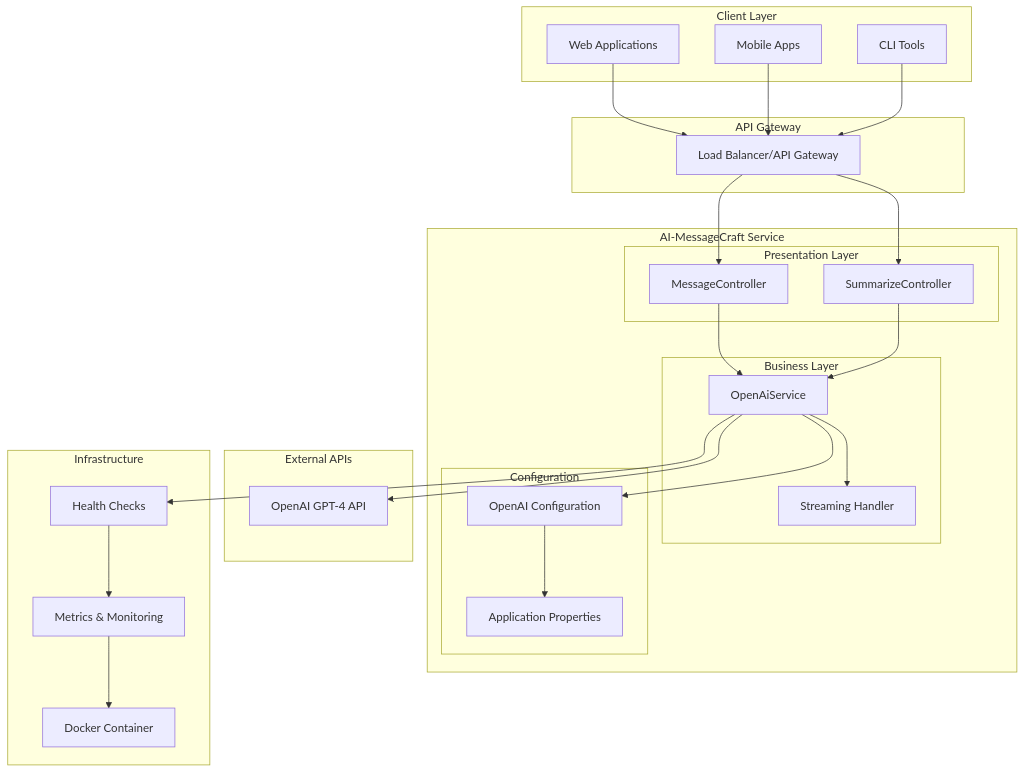
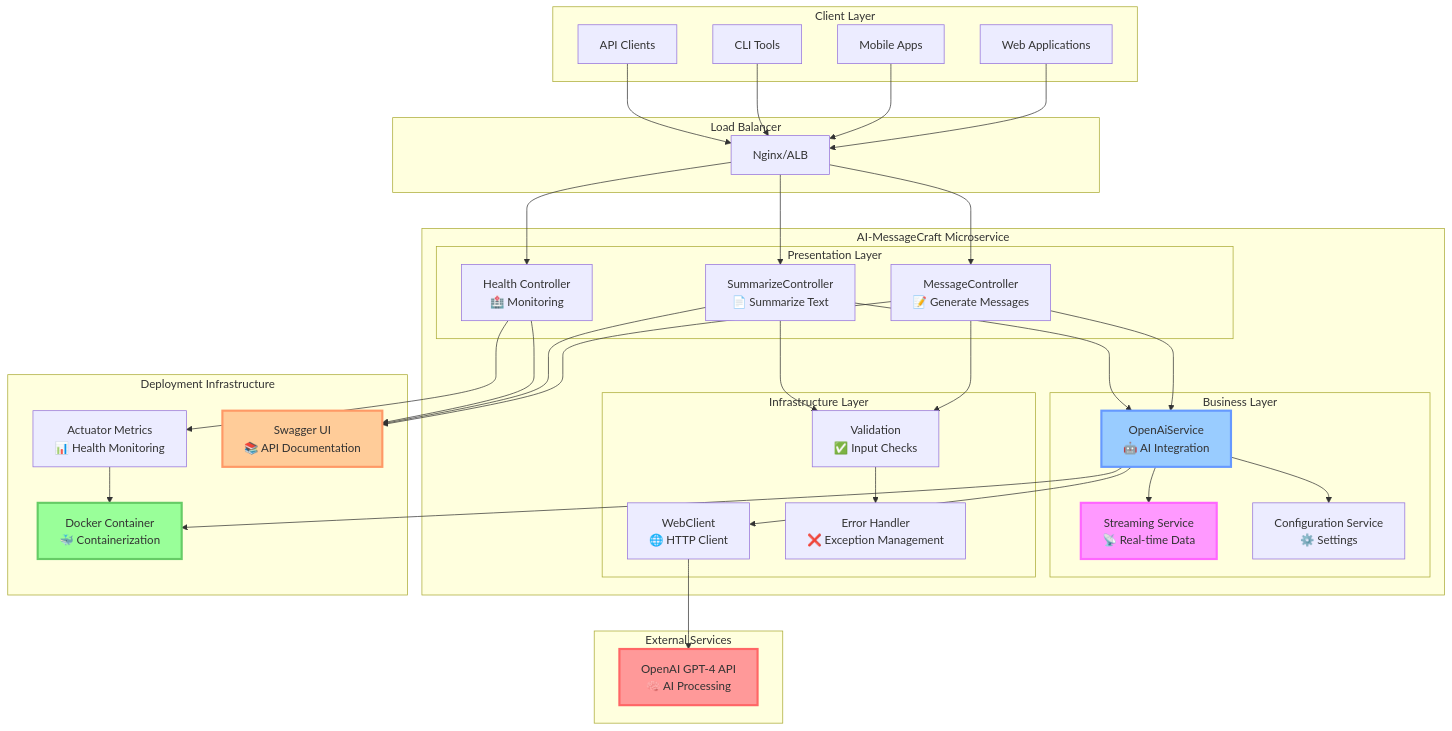
Before and after one commit to Ziaeddin/ai-messagecraft: the first of 2 diagrams in docs/ARCHITECTURE.md, drawn with Mermaid. The commit also changed other lines of this file and 1 other file, not shown here.

Commit message:
🎨 Fix visual content with comprehensive Mermaid diagrams
📊 Visual Improvements:
- Replace problematic SVG images with native GitHub Mermaid diagrams
- Add comprehensive system architecture diagram with emojis and colors
- Include detailed sequence diagram for message flow and streaming
- Create visual API endpoints overview with request/response types
- Add deployment and DevOps pipeline visualization
- Include technology stack mindmap with features breakdown
- Enhanced architecture documentation with interaction flows

🚀 GitHub-Native Rendering:
- All diagrams now render natively on GitHub
- Professional visual presentation for portfolio
- Comprehensive system documentation
- Interactive and engaging content structure

🎯 Portfolio Enhancement:
- Visual storytelling of AI integration capabilities
- Clear demonstration of system design skills
- Professional documentation standards
- Enterprise-grade presentation quality

````diff
--- a/docs/ARCHITECTURE.md
+++ b/docs/ARCHITECTURE.md
@@ -9,59 +9,79 @@
 ```mermaid
 graph TB
     subgraph "Client Layer"
         WEB[Web Applications]
         MOBILE[Mobile Apps]
         CLI[CLI Tools]
+        API[API Clients]
     end
     
-    subgraph "API Gateway"
-        GATEWAY[Load Balancer/API Gateway]
+    subgraph "Load Balancer"
+        LB[Nginx/ALB]
     end
     
-    subgraph "AI-MessageCraft Service"
+    subgraph "AI-MessageCraft Microservice"
         subgraph "Presentation Layer"
-            MSG_CTRL[MessageController]
-            SUM_CTRL[SummarizeController]
+            MSG_CTRL[MessageController<br/>📝 Generate Messages]
+            SUM_CTRL[SummarizeController<br/>📄 Summarize Text]
+            HEALTH_CTRL[Health Controller<br/>🏥 Monitoring]
         end
         
         subgraph "Business Layer"
-            AI_SVC[OpenAiService]
-            STREAM[Streaming Handler]
+            AI_SVC[OpenAiService<br/>🤖 AI Integration]
+            STREAM_SVC[Streaming Service<br/>📡 Real-time Data]
+            CONFIG_SVC[Configuration Service<br/>⚙️ Settings]
         end
         
-        subgraph "Configuration"
-            CONFIG[OpenAI Configuration]
-            PROPS[Application Properties]
+        subgraph "Infrastructure Layer"
+            WEBCLIENT[WebClient<br/>🌐 HTTP Client]
+            VALIDATION[Validation<br/>✅ Input Checks]
+            ERROR_HANDLER[Error Handler<br/>❌ Exception Management]
         end
     end
     
-    subgraph "External APIs"
-        OPENAI[OpenAI GPT-4 API]
+    subgraph "External Services"
+        OPENAI[OpenAI GPT-4 API<br/>🧠 AI Processing]
     end
     
-    subgraph "Infrastructure"
-        DOCKER[Docker Container]
-        HEALTH[Health Checks]
-        METRICS[Metrics & Monitoring]
+    subgraph "Deployment Infrastructure"
+        DOCKER[Docker Container<br/>🐳 Containerization]
+        METRICS[Actuator Metrics<br/>📊 Health Monitoring]
+        SWAGGER[Swagger UI<br/>📚 API Documentation]
     end
     
-    WEB --> GATEWAY
-    MOBILE --> GATEWAY
-    CLI --> GATEWAY
+    WEB --> LB
+    MOBILE --> LB
+    CLI --> LB
+    API --> LB
     
-    GATEWAY --> MSG_CTRL
-    GATEWAY --> SUM_CTRL
+    LB --> MSG_CTRL
+    LB --> SUM_CTRL
+    LB --> HEALTH_CTRL
     
     MSG_CTRL --> AI_SVC
     SUM_CTRL --> AI_SVC
+    HEALTH_CTRL --> METRICS
     
-    AI_SVC --> STREAM
-    AI_SVC --> CONFIG
-    CONFIG --> PROPS
+    AI_SVC --> STREAM_SVC
+    AI_SVC --> CONFIG_SVC
+    AI_SVC --> WEBCLIENT
     
-    AI_SVC --> OPENAI
+    MSG_CTRL --> VALIDATION
+    SUM_CTRL --> VALIDATION
+    VALIDATION --> ERROR_HANDLER
     
-    AI_SVC --> HEALTH
-    HEALTH --> METRICS
+    WEBCLIENT --> OPENAI
+    
+    MSG_CTRL --> SWAGGER
+    SUM_CTRL --> SWAGGER
+    HEALTH_CTRL --> SWAGGER
+    
+    AI_SVC --> DOCKER
     METRICS --> DOCKER
+    
+    style OPENAI fill:#ff9999,stroke:#ff6666,stroke-width:3px
+    style AI_SVC fill:#99ccff,stroke:#6699ff,stroke-width:3px
+    style DOCKER fill:#99ff99,stroke:#66cc66,stroke-width:3px
+    style SWAGGER fill:#ffcc99,stroke:#ff9966,stroke-width:3px
+    style STREAM_SVC fill:#ff99ff,stroke:#ff66ff,stroke-width:3px
 ```
````
